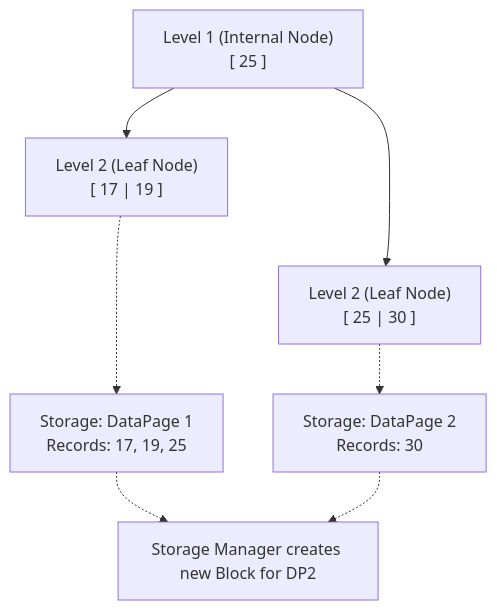
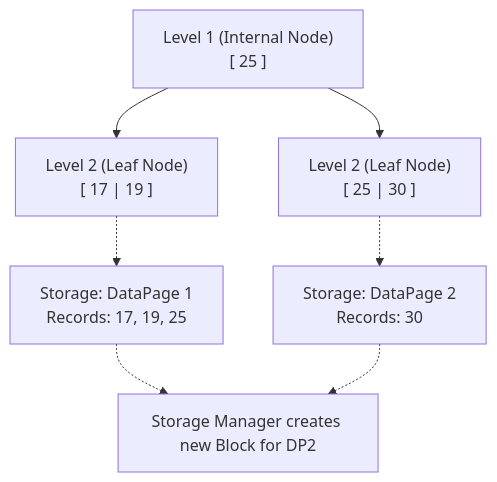
Before and after one commit to purnatadikonda5/DBMS-Notes: the eighth of 9 diagrams in DBMS_Indexing_Guide.md, drawn with Mermaid. The commit also changed other lines of this file, not shown here.

Commit message:
Remove invisible links to fix Mermaid horizontal alignment

````diff
--- a/DBMS_Indexing_Guide.md
+++ b/DBMS_Indexing_Guide.md
@@ -240,22 +238,21 @@
 ```mermaid
 flowchart TD
     Parent["Level 1 (Internal Node)\n[ 25 ]"]
     
     Left["Level 2 (Leaf Node)\n[ 17 | 19 ]"]
     Right["Level 2 (Leaf Node)\n[ 25 | 30 ]"]
     
     %% Force horizontal alignment
-    Left ~~~ Right
     
     Parent --> Left
     Parent --> Right
     
     DP1["Storage: DataPage 1\nRecords: 17, 19, 25"]
     DP2["Storage: DataPage 2\nRecords: 30"]
     
     Left -.-> DP1
     Right -.-> DP2
     
     DP1 -.-> SM["Storage Manager creates new Block for DP2"]
     DP2 -.-> SM
 ```
````
